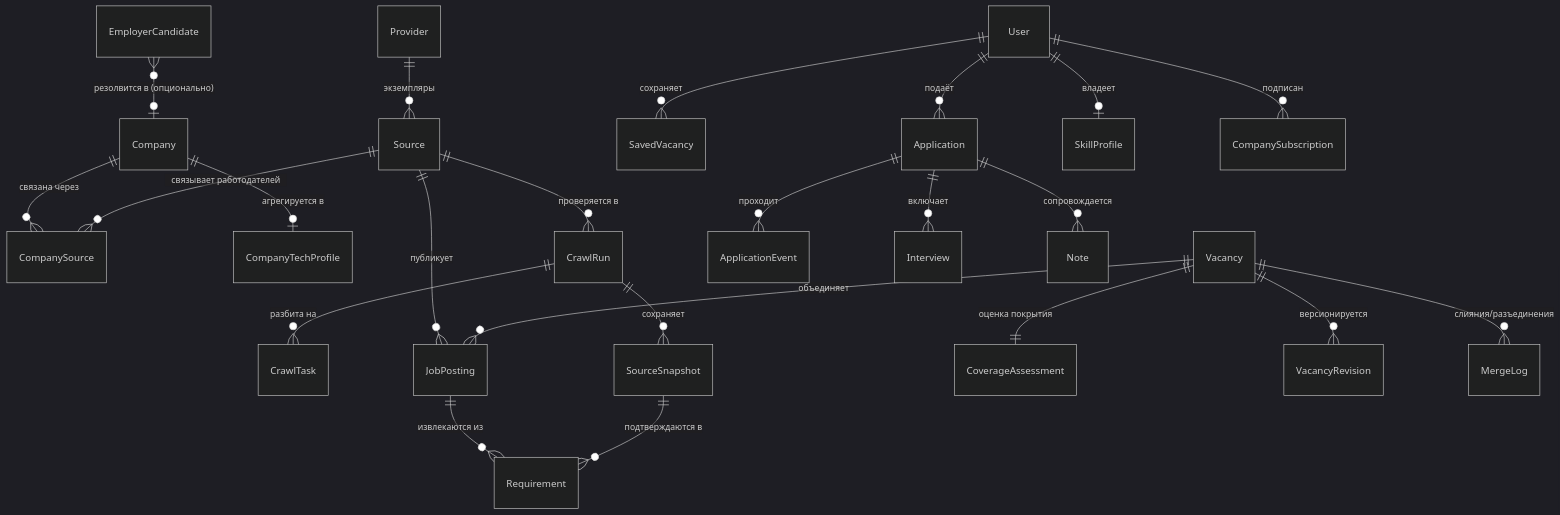
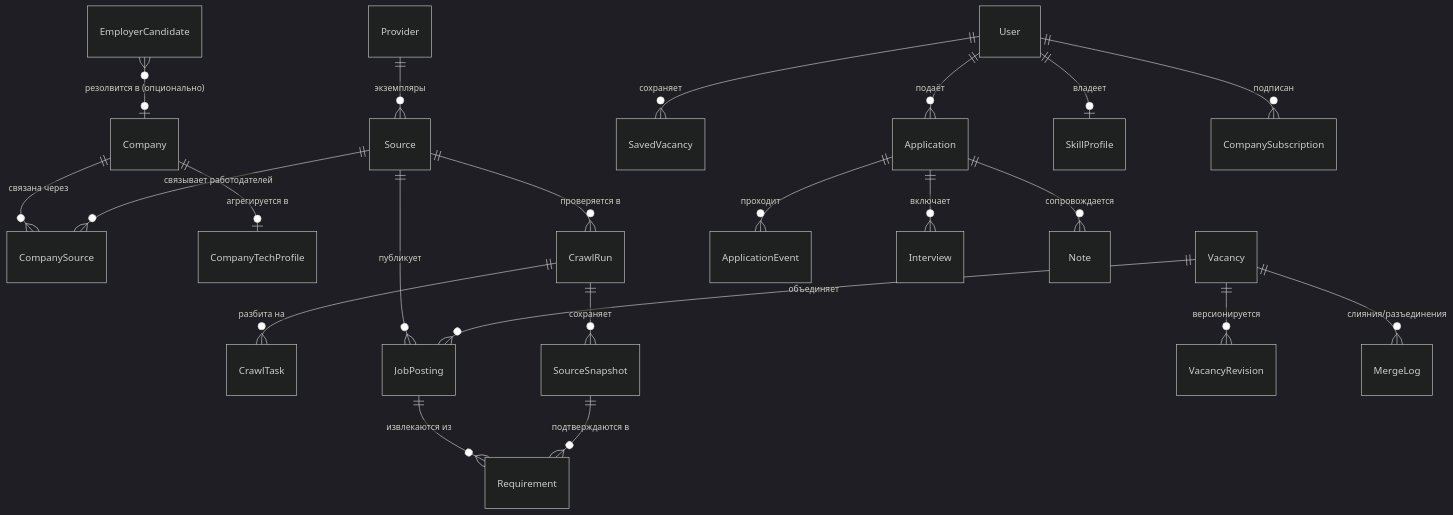
One commit to NikitaZhar/roleorienta changed the second of 2 diagrams in docs/technical-design.md. Above: the diagram before and after it, drawn with Mermaid (dark theme). The commit also changed other lines of this file and 26 other files, not shown here.

````diff
--- a/docs/technical-design.md
+++ b/docs/technical-design.md
@@ -164,25 +164,24 @@
 ```mermaid
 erDiagram
     Provider ||--o{ Source : "экземпляры"
     Company ||--o{ CompanySource : "связана через"
     Source ||--o{ CompanySource : "связывает работодателей"
     Company ||--o| CompanyTechProfile : "агрегируется в"
     EmployerCandidate }o--o| Company : "резолвится в (опционально)"
     Source ||--o{ CrawlRun : "проверяется в"
     CrawlRun ||--o{ CrawlTask : "разбита на"
     CrawlRun ||--o{ SourceSnapshot : "сохраняет"
     Source ||--o{ JobPosting : "публикует"
     Vacancy ||--o{ JobPosting : "объединяет"
-    Vacancy ||--|| CoverageAssessment : "оценка покрытия"
     Vacancy ||--o{ VacancyRevision : "версионируется"
     Vacancy ||--o{ MergeLog : "слияния/разъединения"
     JobPosting ||--o{ Requirement : "извлекаются из"
     SourceSnapshot ||--o{ Requirement : "подтверждаются в"
     User ||--o{ SavedVacancy : "сохраняет"
     User ||--o{ Application : "подаёт"
     User ||--o| SkillProfile : "владеет"
     User ||--o{ CompanySubscription : "подписан"
     Application ||--o{ ApplicationEvent : "проходит"
     Application ||--o{ Interview : "включает"
     Application ||--o{ Note : "сопровождается"
 ```
````
